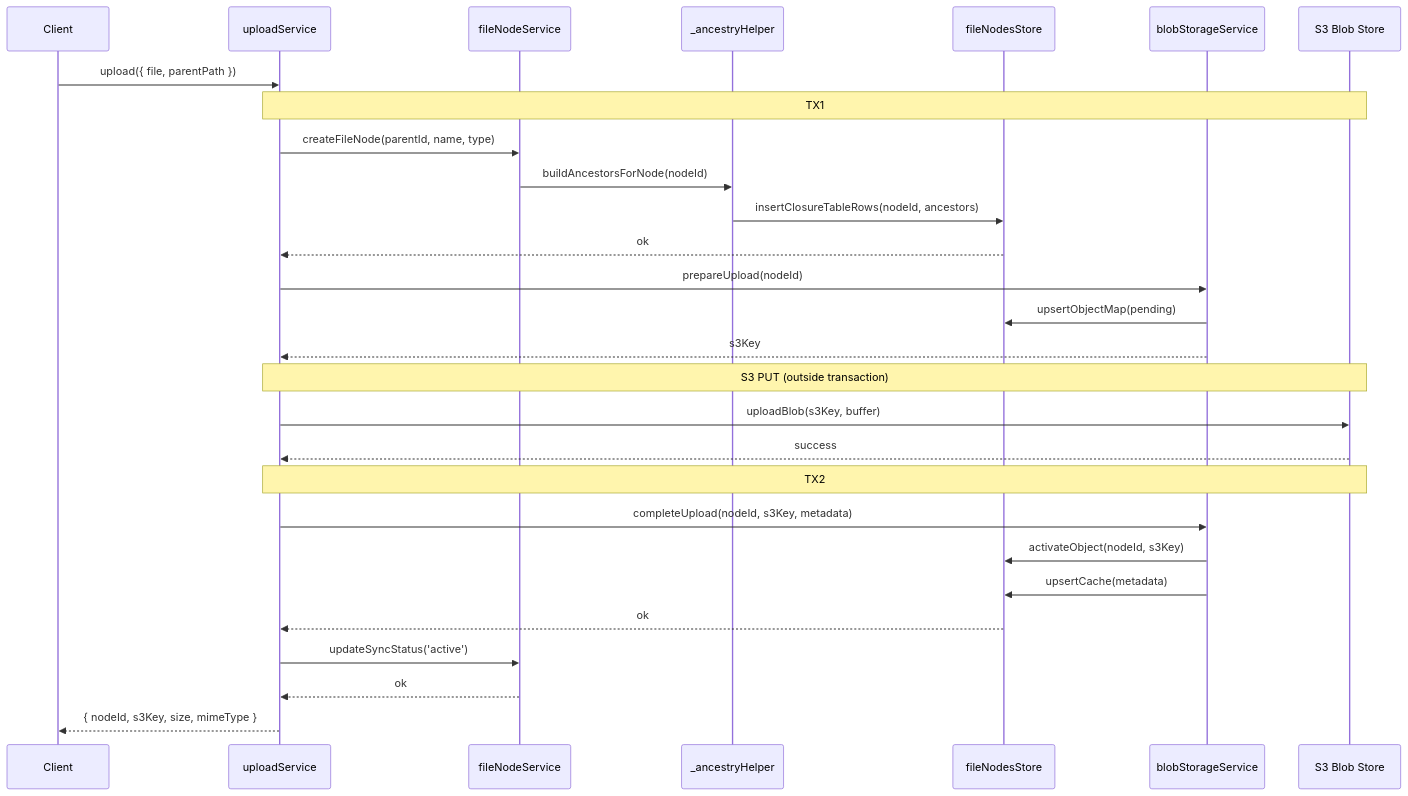
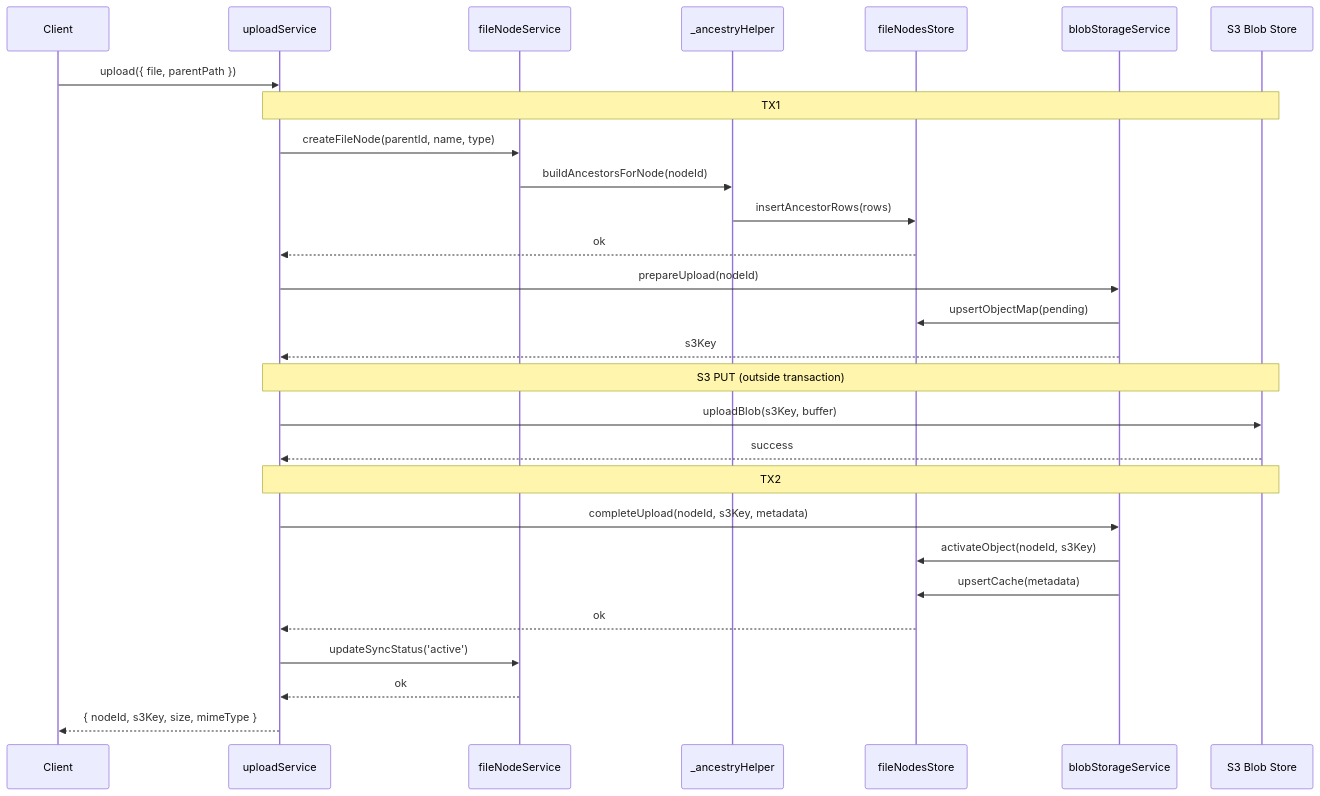
One commit to rct3232/webdav-easyaccess changed the first of 4 diagrams in docs/features/core-service-layer.md. Above: the diagram before and after it, drawn with Mermaid. The commit also changed 15 other files, not shown here.

````diff
--- a/docs/features/core-service-layer.md
+++ b/docs/features/core-service-layer.md
@@ -40,35 +40,35 @@
 ```mermaid
 sequenceDiagram
     participant C as Client
     participant US as uploadService
     participant FNS as fileNodeService
     participant AH as _ancestryHelper
     participant FStore as fileNodesStore
     participant BS as blobStorageService
     participant S3 as S3 Blob Store
 
     C->>US: upload({ file, parentPath })
 
     Note over US,S3: TX1
     US->>FNS: createFileNode(parentId, name, type)
     FNS->>AH: buildAncestorsForNode(nodeId)
-    AH->>FStore: insertClosureTableRows(nodeId, ancestors)
+    AH->>FStore: insertAncestorRows(rows)
     FStore-->>US: ok
     US->>BS: prepareUpload(nodeId)
     BS->>FStore: upsertObjectMap(pending)
     BS-->>US: s3Key
 
     Note over US,S3: S3 PUT (outside transaction)
     US->>S3: uploadBlob(s3Key, buffer)
     S3-->>US: success
 
     Note over US,S3: TX2
     US->>BS: completeUpload(nodeId, s3Key, metadata)
     BS->>FStore: activateObject(nodeId, s3Key)
     BS->>FStore: upsertCache(metadata)
     FStore-->>US: ok
     US->>FNS: updateSyncStatus('active')
     FNS-->>US: ok
 
     US-->>C: { nodeId, s3Key, size, mimeType }
 ```
````
